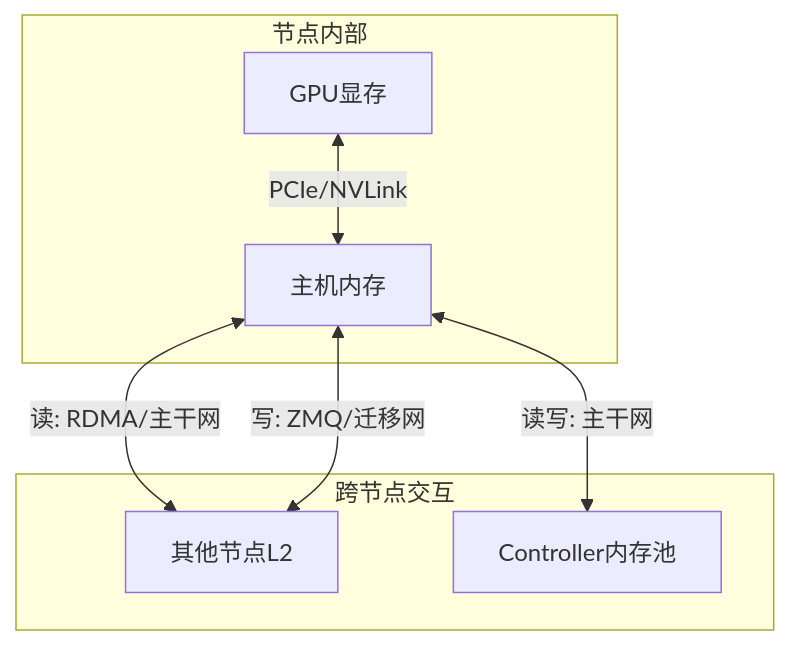
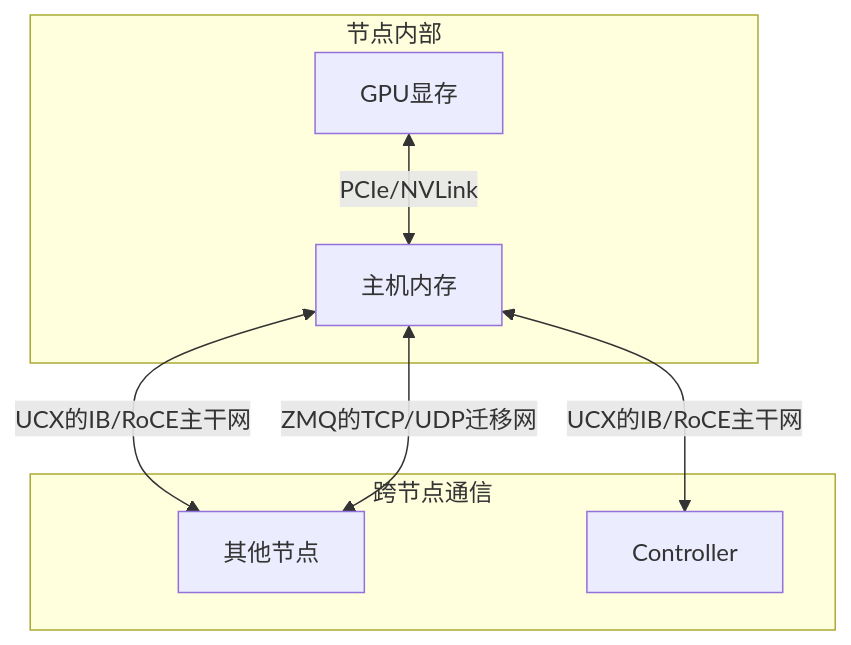
One commit to hiicl/Helios-Calculation changed the fourth of 7 diagrams in README.md. Above: the diagram before and after it, drawn with Mermaid. The commit also changed other lines of this file, not shown here.

````diff
--- a/README.md
+++ b/README.md
@@ -219,12 +219,12 @@
 ```mermaid
 graph TB
   subgraph 节点内部
     L1[GPU显存] <-->|PCIe/NVLink| L2[主机内存]
   end
   
-  subgraph 跨节点交互
-    L2 <-->|读: RDMA/主干网| L2_Other[其他节点L2]
-    L2 <-->|写: ZMQ/迁移网| L2_Other
-    L2 <-->|读写: 主干网| L3[Controller内存池]
+  subgraph 跨节点通信
+    L2 <-->|UCX的IB/RoCE主干网| L2_Other[其他节点]
+    L2 <-->|UCX的IB/RoCE主干网| L3[Controller]
+    L2 <-->|ZMQ的TCP/UDP迁移网| L2_Other
   end
 ```
````
